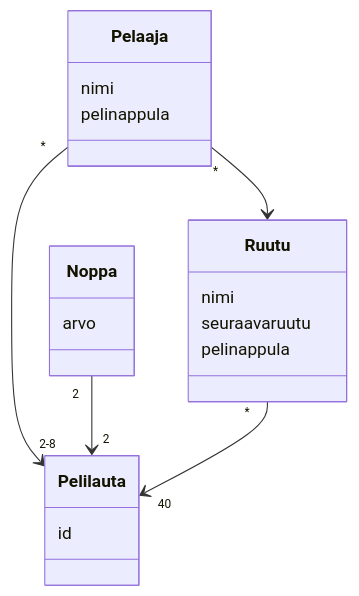
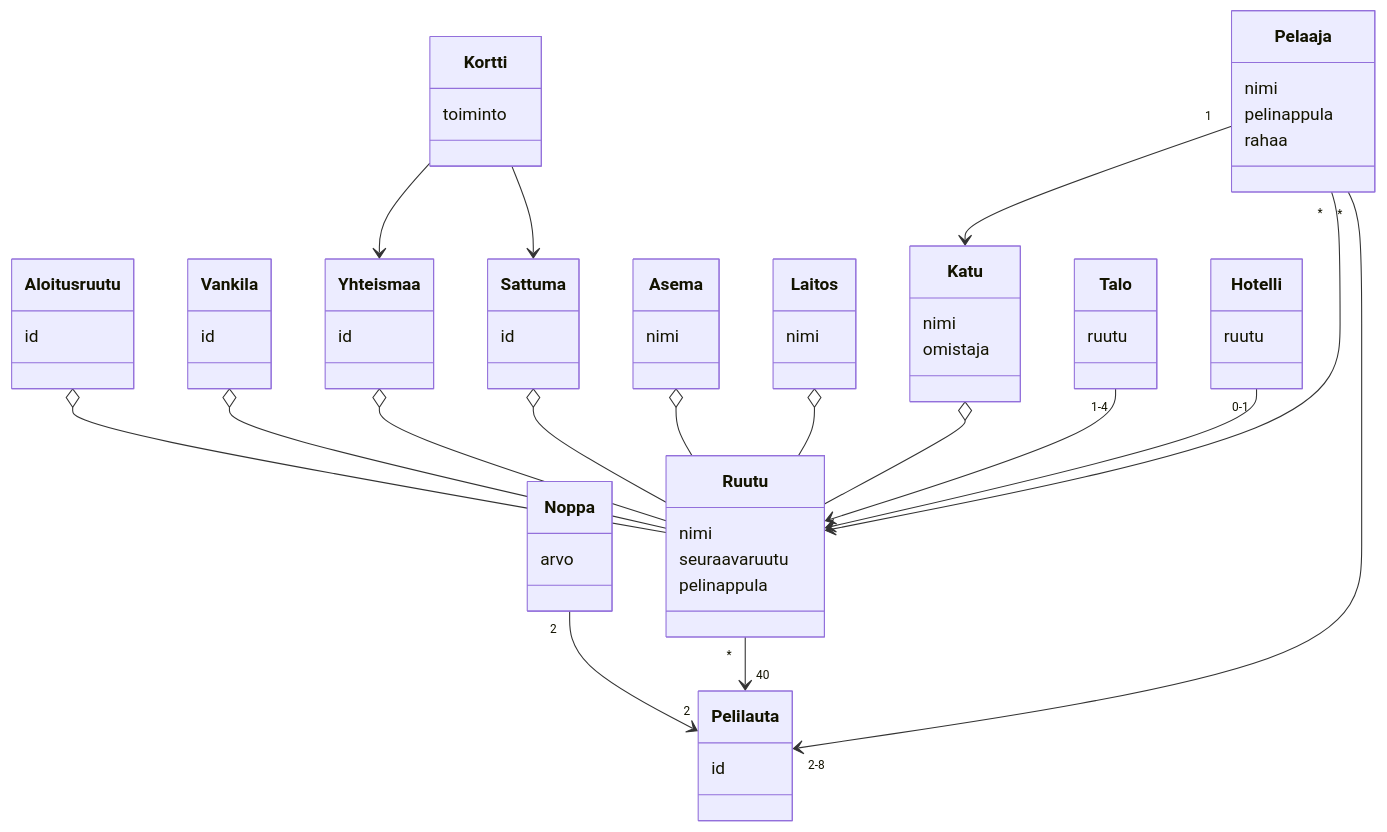
One commit to justusmarttila/ot-harjoitustyo changed the diagram in laskarit/viikko3/luokkakaavio.md. Above: the diagram before and after it, drawn with Mermaid. The commit also changed other lines of this file, not shown here.

Commit message:
laajannettu luokkakaavio

````diff
--- a/laskarit/viikko3/luokkakaavio.md
+++ b/laskarit/viikko3/luokkakaavio.md
@@ -1,22 +1,66 @@
 ```mermaid 
 classDiagram
     Pelaaja "*" --> "2-8" Pelilauta
     Noppa "2" --> "2" Pelilauta
     Ruutu "*" --> "40" Pelilauta
     Pelaaja "*" --> Ruutu
+    Aloitusruutu o-- Ruutu
+    Vankila o-- Ruutu
+    Sattuma o-- Ruutu
+    Yhteismaa o-- Ruutu
+    Asema o-- Ruutu
+    Laitos o-- Ruutu
+    Katu o-- Ruutu
+    Kortti --> Sattuma
+    Kortti --> Yhteismaa
+    Talo "1-4" --> Ruutu
+    Hotelli "0-1" --> Ruutu
+    Pelaaja "1" --> Katu
     class Pelaaja{
         nimi
         pelinappula
+        rahaa
     }
     class Noppa{
         arvo
     }
     class Ruutu{
         nimi
         seuraavaruutu
         pelinappula
     }
     class Pelilauta{
         id
     }
+    class Aloitusruutu{
+        id
+    }
+    class Vankila{
+        id
+    }
+    class Sattuma{
+        id
+    }
+    class Yhteismaa{
+        id
+    }
+    class Asema{
+        nimi
+    }
+    class Laitos{
+        nimi
+    }
+    class Katu{
+        nimi
+        omistaja
+    }
+    class Kortti{
+        toiminto
+    }
+    class Talo{
+        ruutu
+    }
+    class Hotelli{
+        ruutu
+    }
 ```
````
